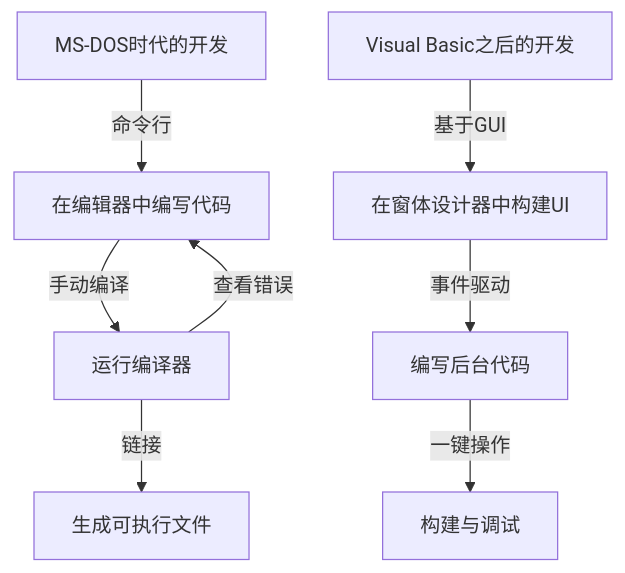
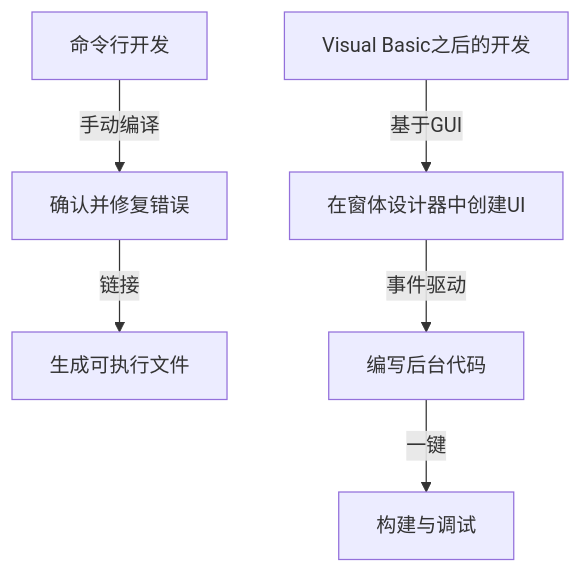
Before and after one commit to kenjinote/blog: the first of 2 diagrams in content/post/history-of-visual-studio/index.zh-cn.md, drawn with Mermaid. The commit also changed other lines of this file and 129 other files, not shown here.

````diff
--- a/content/post/history-of-visual-studio/index.zh-cn.md
+++ b/content/post/history-of-visual-studio/index.zh-cn.md
@@ -32,11 +29,9 @@
 ```mermaid
 graph TD
-    A["MS-DOS时代的开发"] -- "命令行" --> B["在编辑器中编写代码"]
-    B -- "手动编译" --> C["运行编译器"]
-    C -- "查看错误" --> B
-    C -- "链接" --> D["生成可执行文件"]
+    A["命令行开发"] -- "手动编译" --> B["确认并修复错误"]
+    B -- "链接" --> C["生成可执行文件"]
     
-    E["Visual Basic之后的开发"] -- "基于GUI" --> F["在窗体设计器中构建UI"]
-    F -- "事件驱动" --> G["编写后台代码"]
-    G -- "一键操作" --> H["构建与调试"]
+    D["Visual Basic之后的开发"] -- "基于GUI" --> E["在窗体设计器中创建UI"]
+    E -- "事件驱动" --> F["编写后台代码"]
+    F -- "一键" --> G["构建与调试"]
 ```
````
